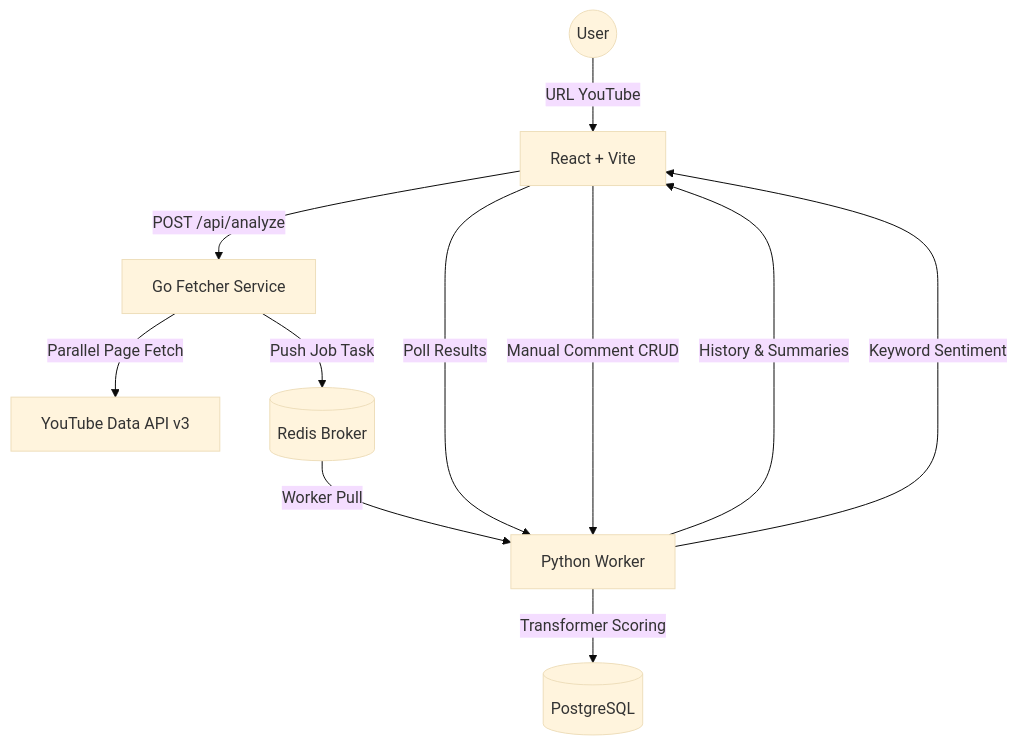
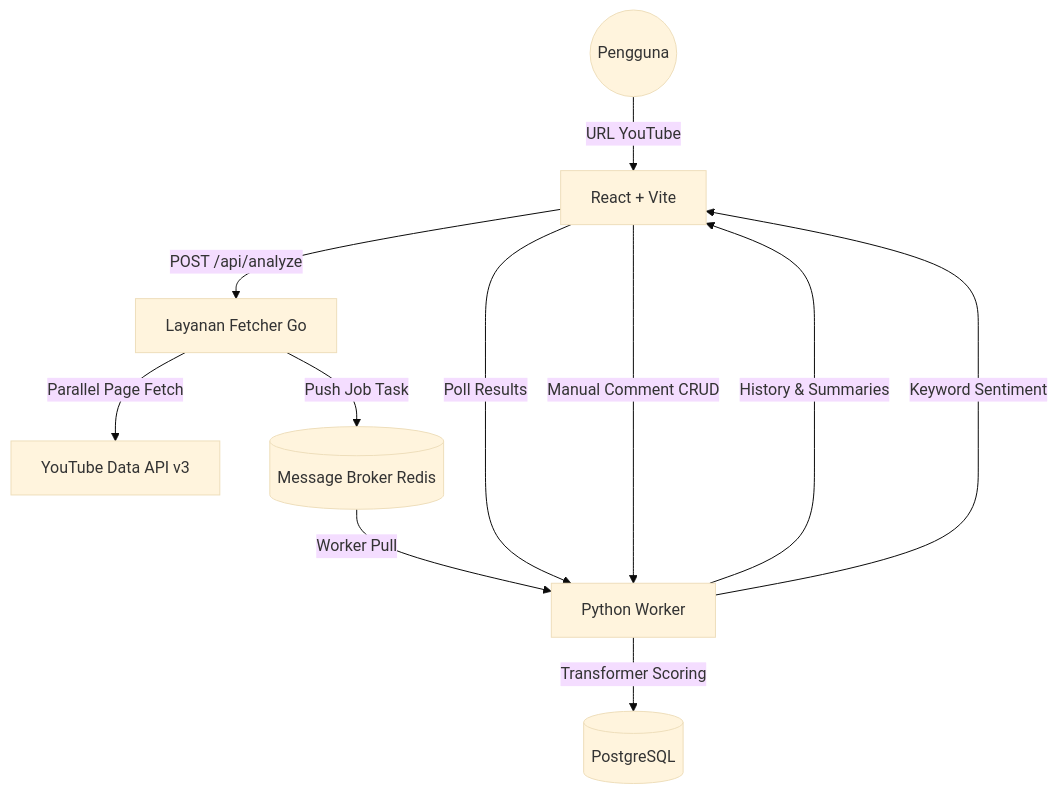
The diagram in README.md (DaffMe/NeuroTube), drawn with Mermaid (base theme) before and after one commit. The commit also changed other lines of this file, not shown here.

````diff
--- a/README.md
+++ b/README.md
@@ -57,13 +57,13 @@
 ```mermaid
 graph TD
-    User((User)) -->|URL YouTube| Frontend[React + Vite]
-    Frontend -->|POST /api/analyze| Fetcher[Go Fetcher Service]
+    User((Pengguna)) -->|URL YouTube| Frontend[React + Vite]
+    Frontend -->|POST /api/analyze| Fetcher[Layanan Fetcher Go]
     Fetcher -->|Parallel Page Fetch| YT_API[YouTube Data API v3]
-    Fetcher -->|Push Job Task| Redis[(Redis Broker)]
+    Fetcher -->|Push Job Task| Redis[(Message Broker Redis)]
     Redis -->|Worker Pull| MLEngine[Python Worker]
     MLEngine -->|Transformer Scoring| DB[(PostgreSQL)]
     Frontend -->|Poll Results| MLEngine
     MLEngine -->|History & Summaries| Frontend
     Frontend -->|Manual Comment CRUD| MLEngine
     MLEngine -->|Keyword Sentiment| Frontend
 ```
````
